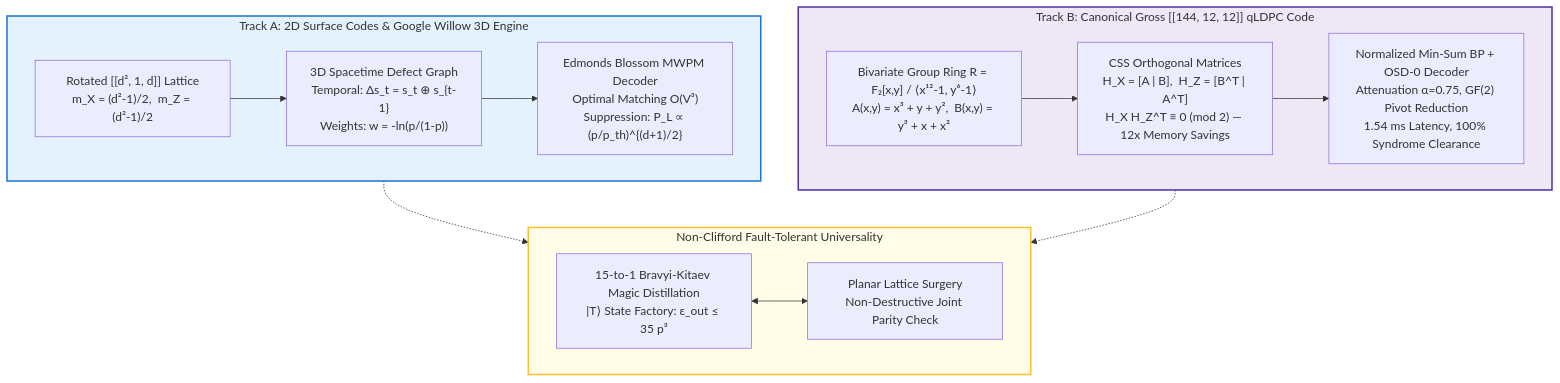
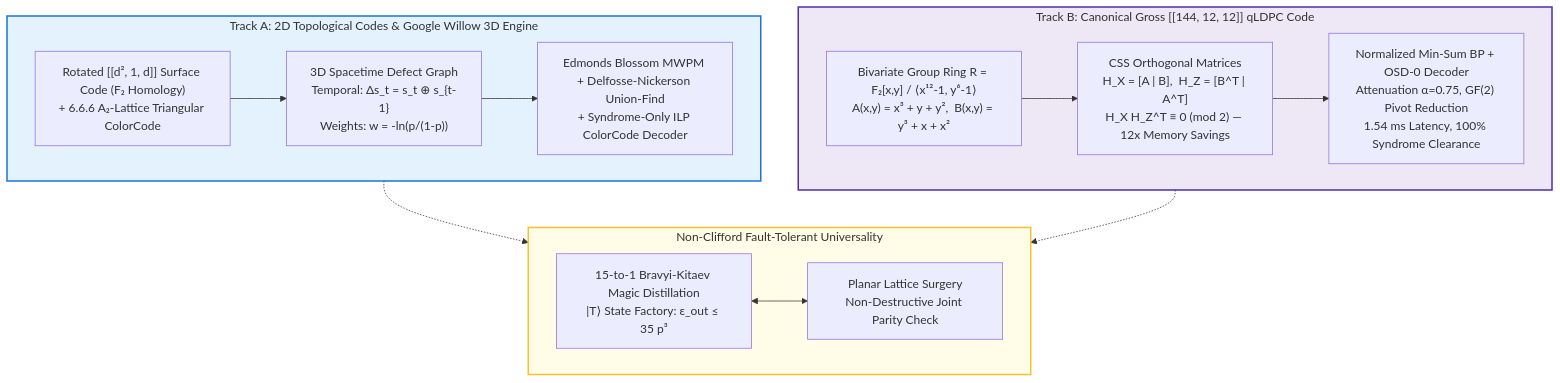
Before and after one commit to ONMARTECH/quanta-sdk: the fourth of 4 diagrams in docs/papers/quanta_framework_paper.md, drawn with Mermaid. The commit also changed other lines of this file and 24 other files, not shown here.

````diff
--- a/docs/papers/quanta_framework_paper.md
+++ b/docs/papers/quanta_framework_paper.md
@@ -408,23 +410,23 @@
 ```mermaid
 flowchart TD
-    subgraph TRACKA["Track A: 2D Surface Codes & Google Willow 3D Engine"]
-        LAT["Rotated [[d², 1, d]] Lattice<br>m_X = (d²-1)/2,  m_Z = (d²-1)/2"] --> ST["3D Spacetime Defect Graph<br>Temporal: Δs_t = s_t ⊕ s_{t-1}<br>Weights: w = -ln(p/(1-p))"]
-        ST --> MWPM["Edmonds Blossom MWPM Decoder<br>Optimal Matching O(V³)<br>Suppression: P_L ∝ (p/p_th)^{(d+1)/2}"]
+    subgraph TRACKA["Track A: 2D Topological Codes & Google Willow 3D Engine"]
+        LAT["Rotated [[d², 1, d]] Surface Code (F₂ Homology)<br>+ 6.6.6 A₂-Lattice Triangular ColorCode"] --> ST["3D Spacetime Defect Graph<br>Temporal: Δs_t = s_t ⊕ s_{t-1}<br>Weights: w = -ln(p/(1-p))"]
+        ST --> MWPM["Edmonds Blossom MWPM + Delfosse-Nickerson Union-Find<br>+ Syndrome-Only ILP ColorCode Decoder"]
     end
 
     subgraph TRACKB["Track B: Canonical Gross [[144, 12, 12]] qLDPC Code"]
         RING["Bivariate Group Ring R = F₂[x,y] / ⟨x¹²-1, y⁶-1⟩<br>A(x,y) = x³ + y + y²,  B(x,y) = y³ + x + x²"] --> CSS["CSS Orthogonal Matrices<br>H_X = [A | B],  H_Z = [B^T | A^T]<br>H_X H_Z^T ≡ 0 (mod 2) — 12x Memory Savings"]
         CSS --> BPOSD["Normalized Min-Sum BP + OSD-0 Decoder<br>Attenuation α=0.75, GF(2) Pivot Reduction<br>1.54 ms Latency, 100% Syndrome Clearance"]
     end
 
     subgraph UNIV["Non-Clifford Fault-Tolerant Universality"]
         DIST["15-to-1 Bravyi-Kitaev Magic Distillation<br>|T⟩ State Factory: ε_out ≤ 35 p³"] <--> SURG["Planar Lattice Surgery<br>Non-Destructive Joint Parity Check"]
     end
 
     TRACKA -.-> UNIV
     TRACKB -.-> UNIV
 
     style TRACKA fill:#e3f2fd,stroke:#1976d2,stroke-width:2px
     style TRACKB fill:#ede7f6,stroke:#512da8,stroke-width:2px
     style UNIV fill:#fffde7,stroke:#fbc02d,stroke-width:2px
 ```
````
